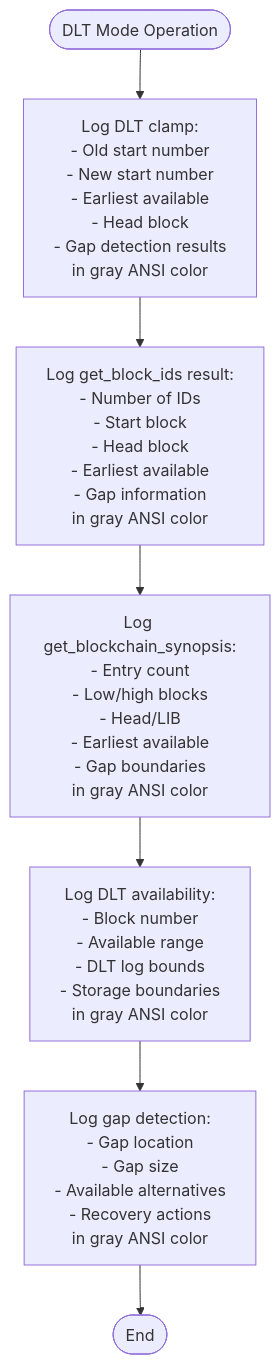
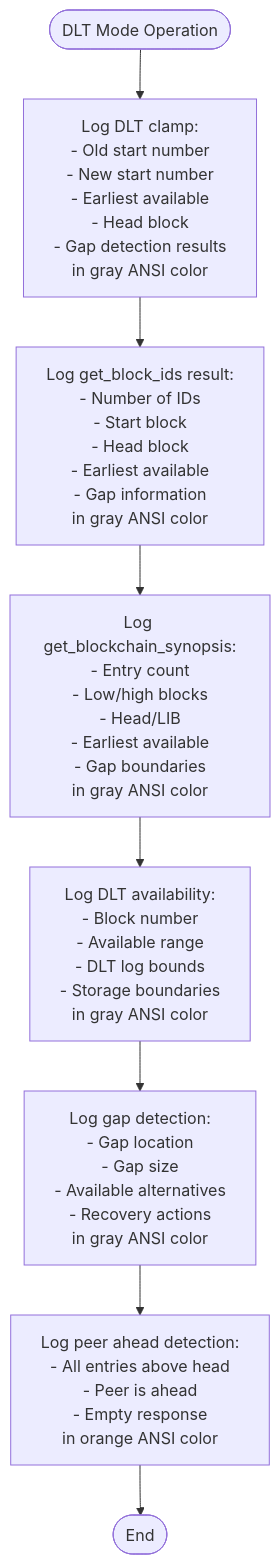
One commit to VIZ-Blockchain/viz-cpp-node changed diagram 24 of 43 in .qoder/repowiki/en/content/P2p Plugin.md. Above: the diagram before and after it, drawn with Mermaid. The commit also changed other lines of this file and 2 other files, not shown here.

First line of the commit message:
feat(dlt): enhance DLT block log and p2p plugin with gap detection and Windows support

````diff
--- a/.qoder/repowiki/en/content/P2p Plugin.md
+++ b/.qoder/repowiki/en/content/P2p Plugin.md
@@ -840,9 +914,10 @@
 ```mermaid
 flowchart TD
 Start([DLT Mode Operation]) --> LogClamp["Log DLT clamp:<br/>- Old start number<br/>- New start number<br/>- Earliest available<br/>- Head block<br/>- Gap detection results<br/>in gray ANSI color"]
 LogClamp --> LogIDs["Log get_block_ids result:<br/>- Number of IDs<br/>- Start block<br/>- Head block<br/>- Earliest available<br/>- Gap information<br/>in gray ANSI color"]
 LogIDs --> LogSynopsis["Log get_blockchain_synopsis:<br/>- Entry count<br/>- Low/high blocks<br/>- Head/LIB<br/>- Earliest available<br/>- Gap boundaries<br/>in gray ANSI color"]
 LogSynopsis --> LogAvailability["Log DLT availability:<br/>- Block number<br/>- Available range<br/>- DLT log bounds<br/>- Storage boundaries<br/>in gray ANSI color"]
 LogAvailability --> LogGap["Log gap detection:<br/>- Gap location<br/>- Gap size<br/>- Available alternatives<br/>- Recovery actions<br/>in gray ANSI color"]
-LogGap --> End([End])
+LogGap --> LogAhead["Log peer ahead detection:<br/>- All entries above head<br/>- Peer is ahead<br/>- Empty response<br/>in orange ANSI color"]
+LogAhead --> End([End])
 ```
````
